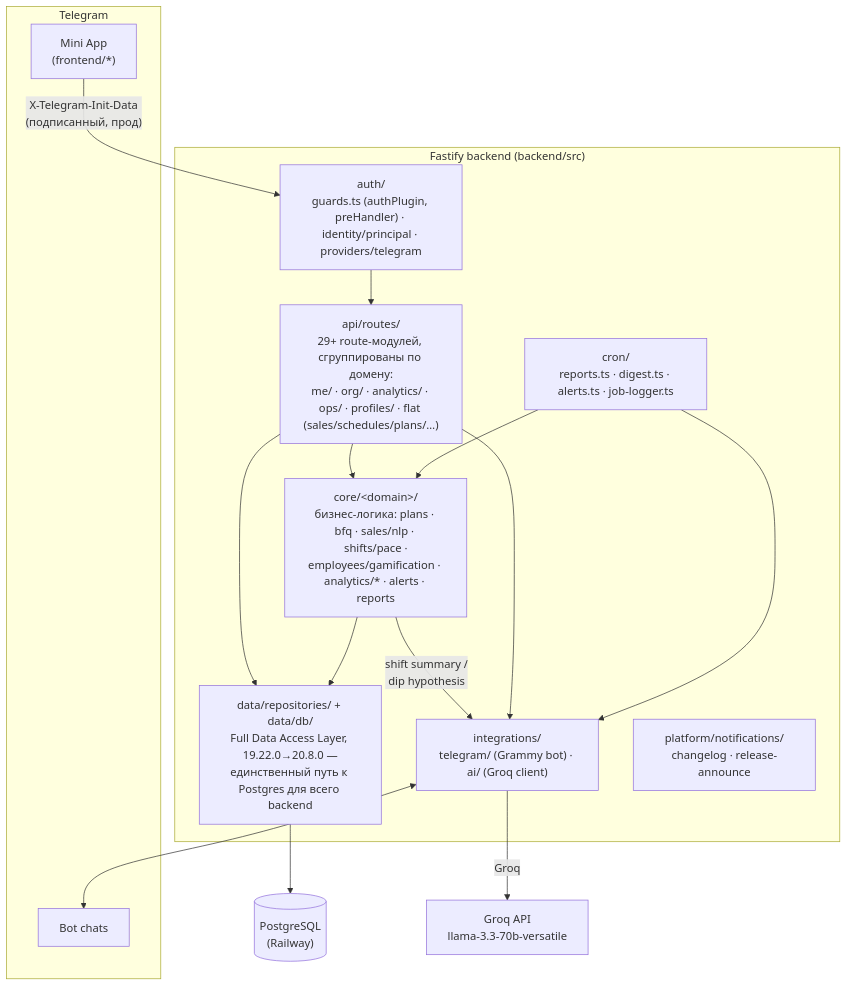
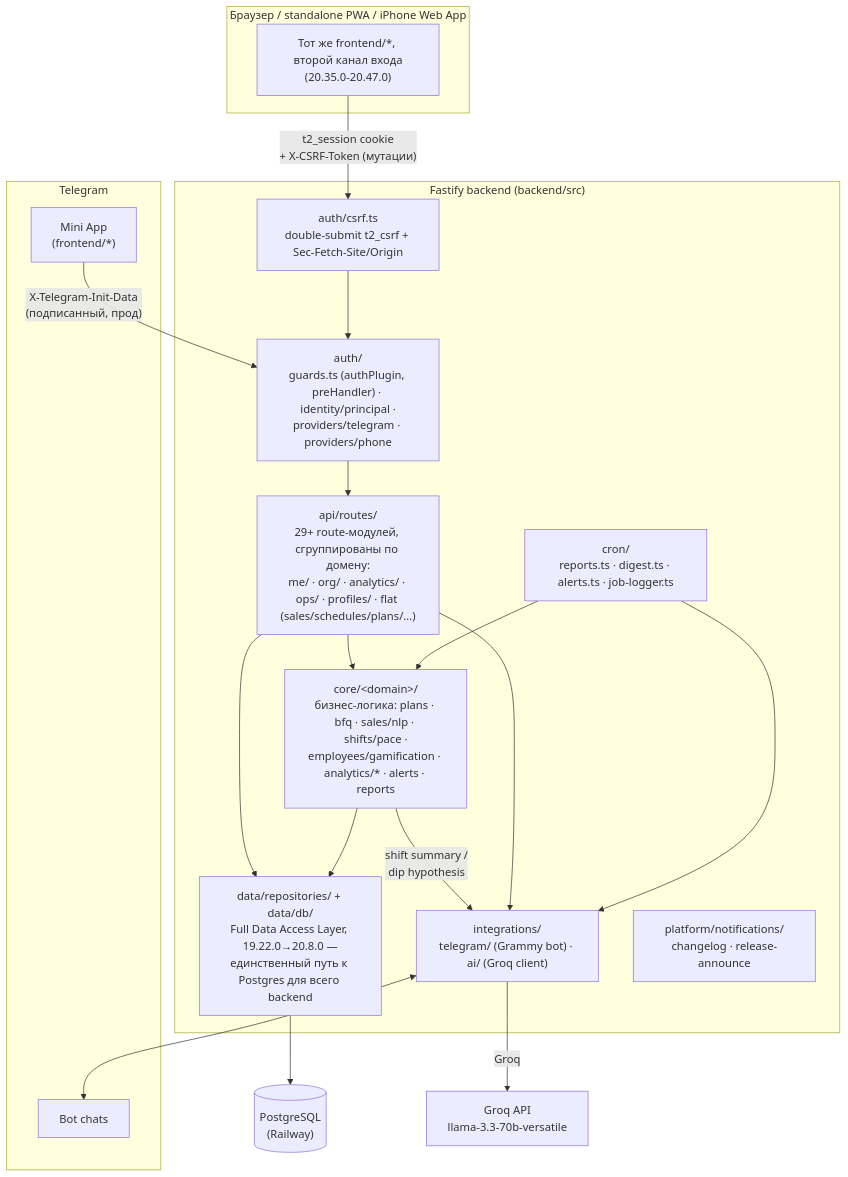
The diagram in README.md (JustT1MExGOD/tele2-app), drawn with Mermaid before and after one commit. The commit also changed other lines of this file and 17 other files, not shown here.

````diff
--- a/README.md
+++ b/README.md
@@ -184,31 +184,37 @@
 ```mermaid
 flowchart TB
     subgraph TG["Telegram"]
         MA["Mini App<br/>(frontend/*)"]
         CH["Bot chats"]
     end
 
+    subgraph WEB["Браузер / standalone PWA / iPhone Web App"]
+        BR["Тот же frontend/*, второй канал входа<br/>(20.35.0-20.47.0)"]
+    end
+
     subgraph BE["Fastify backend (backend/src)"]
-        AUTH["auth/<br/>guards.ts (authPlugin, preHandler) · identity/principal · providers/telegram"]
+        CSRF["auth/csrf.ts<br/>double-submit t2_csrf + Sec-Fetch-Site/Origin"]
+        AUTH["auth/<br/>guards.ts (authPlugin, preHandler) · identity/principal ·<br/>providers/telegram · providers/phone"]
         API["api/routes/<br/>29+ route-модулей, сгруппированы по домену:<br/>me/ · org/ · analytics/ · ops/ · profiles/ · flat (sales/schedules/plans/…)"]
         CORE["core/&lt;domain&gt;/<br/>бизнес-логика: plans · bfq · sales/nlp · shifts/pace ·<br/>employees/gamification · analytics/* · alerts · reports"]
         DATA["data/repositories/ + data/db/<br/>Full Data Access Layer, 19.22.0→20.8.0 —<br/>единственный путь к Postgres для всего backend"]
         CRON["cron/<br/>reports.ts · digest.ts · alerts.ts · job-logger.ts"]
         INTEG["integrations/<br/>telegram/ (Grammy bot) · ai/ (Groq client)"]
         PLAT["platform/notifications/<br/>changelog · release-announce"]
     end
 
     PG[("PostgreSQL<br/>(Railway)")]
     GROQ["Groq API<br/>llama-3.3-70b-versatile"]
 
     MA -- "X-Telegram-Init-Data<br/>(подписанный, прод)" --> AUTH
+    BR -- "t2_session cookie<br/>+ X-CSRF-Token (мутации)" --> CSRF --> AUTH
     AUTH --> API --> CORE
     API --> DATA --> PG
     CRON --> CORE
     CORE --> DATA
     CORE -- "shift summary /<br/>dip hypothesis" --> INTEG
     INTEG -- Groq --> GROQ
     INTEG <--> CH
     API --> INTEG
     CRON --> INTEG
 ```
````
